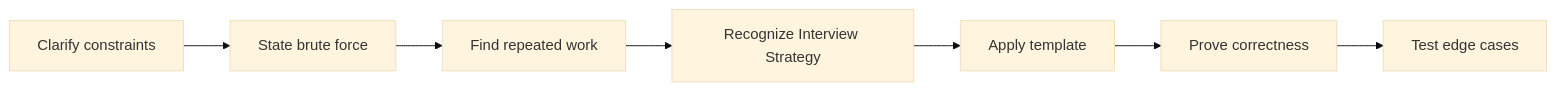
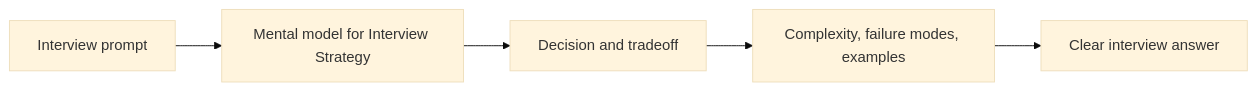
Before and after one commit to abstractinterviews/abstractinterviews.github.io: the second of 2 diagrams in coding-round/strategy/index.md, drawn with Mermaid (base theme). The commit also changed other lines of this file and 278 other files, not shown here.

````diff
--- a/coding-round/strategy/index.md
+++ b/coding-round/strategy/index.md
@@ -131,9 +129,7 @@
-~~~mermaid
+```mermaid
 flowchart LR
-    A["Clarify constraints"] --> B["State brute force"]
-    B --> C["Find repeated work"]
-    C --> D["Recognize Interview Strategy"]
-    D --> E["Apply template"]
-    E --> F["Prove correctness"]
-    F --> G["Test edge cases"]
-~~~
+    Problem["Interview prompt"] --> Model["Mental model for Interview Strategy"]
+    Model --> Choice["Decision and tradeoff"]
+    Choice --> Evidence["Complexity, failure modes, examples"]
+    Evidence --> Answer["Clear interview answer"]
+```
````
